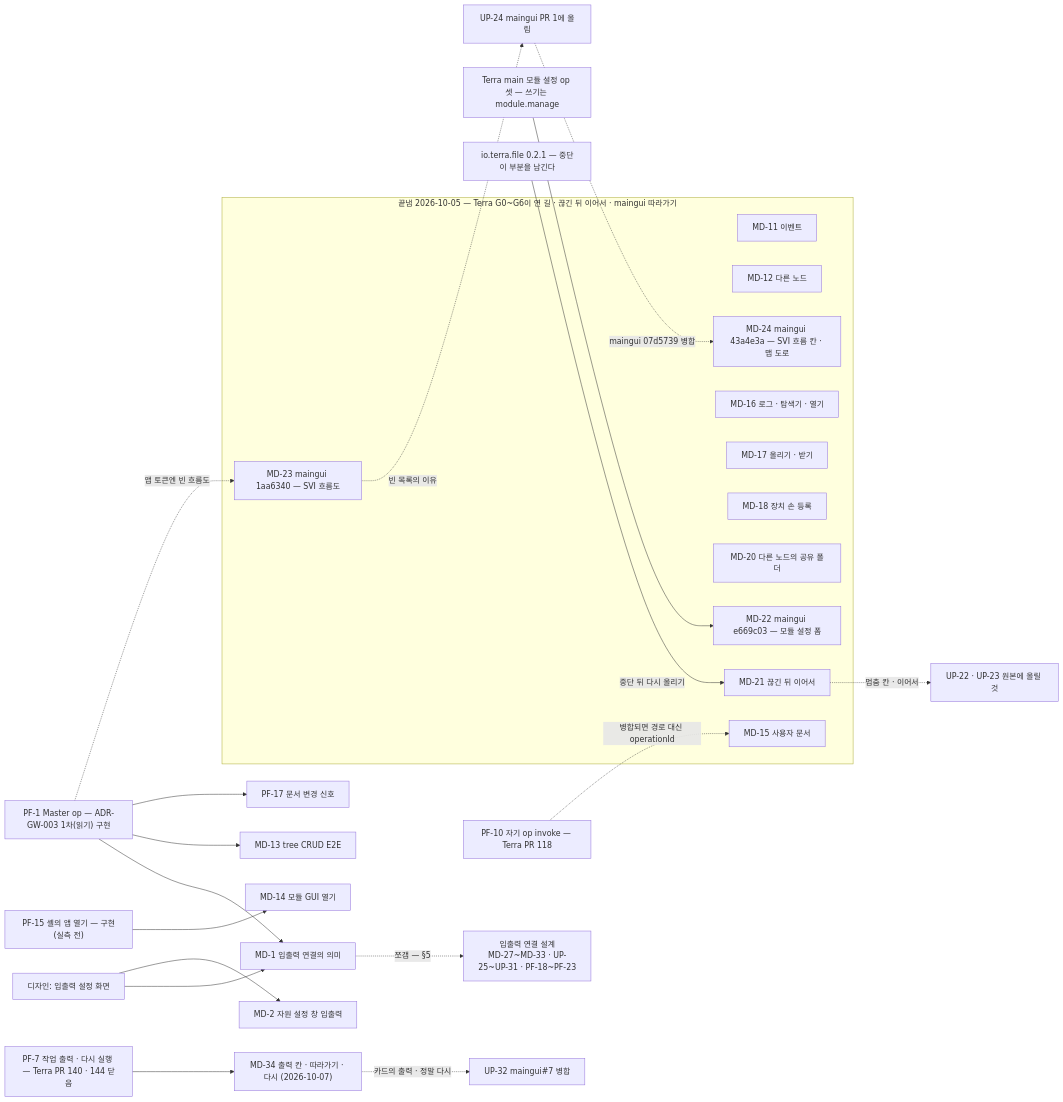
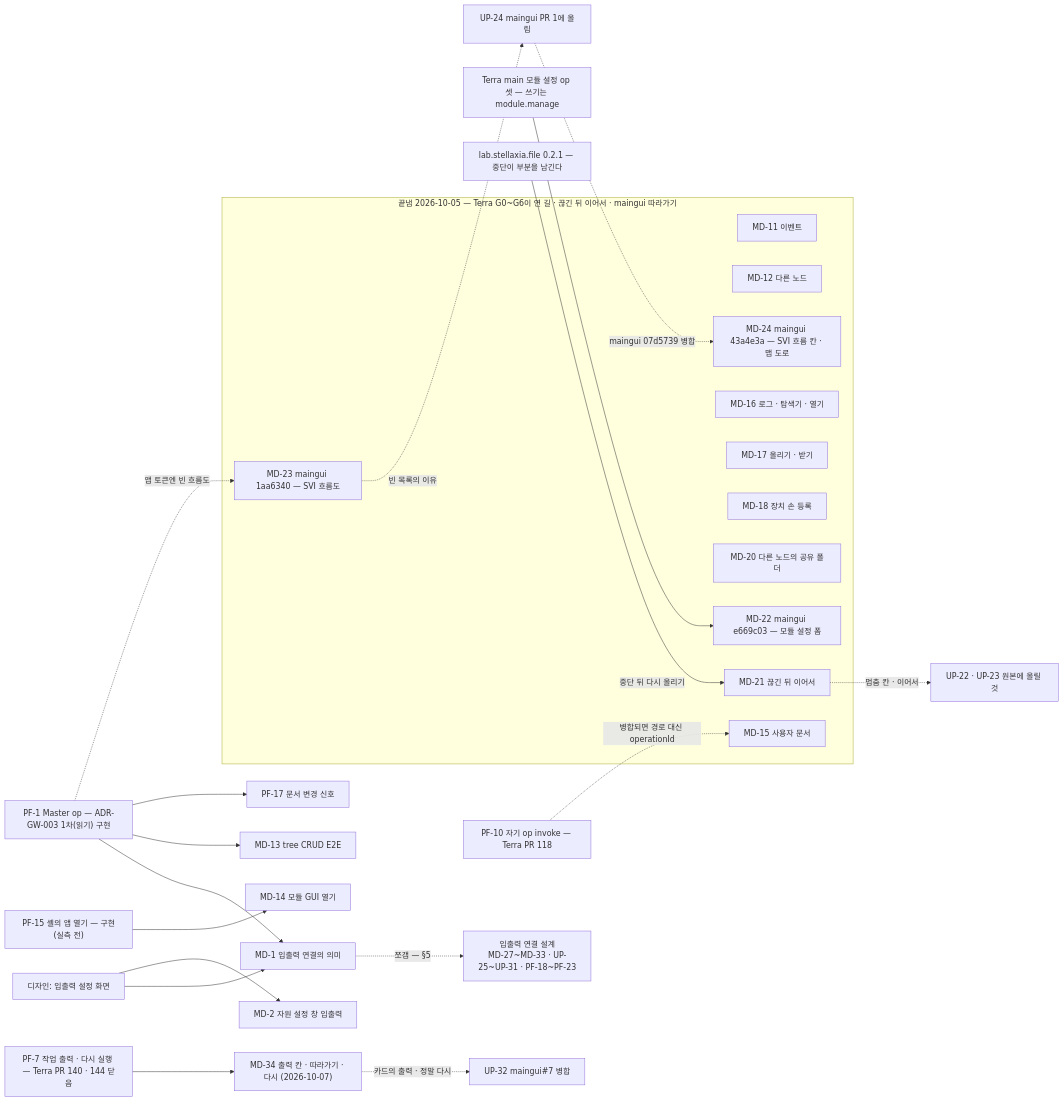
One commit to StellaxiaLab/modules changed the diagram in common/lab.stellaxia.node-gui/web/docs/guides/implementation-backlog.md. Above: the diagram before and after it, drawn with Mermaid. The commit also changed other lines of this file and 701 other files, not shown here.

First line of the commit message:
feat(modules): rename the nine io.terra.* modules to lab.stellaxia.* (ADR-MD-002 v1.2)

````diff
--- a/common/lab.stellaxia.node-gui/web/docs/guides/implementation-backlog.md
+++ b/common/lab.stellaxia.node-gui/web/docs/guides/implementation-backlog.md
@@ -64,32 +64,32 @@
 ```mermaid
 flowchart LR
   subgraph DONE["끝냄 2026-10-05 — Terra G0~G6이 연 길 · 끊긴 뒤 이어서 · maingui 따라가기"]
     MD11["MD-11 이벤트"]
     MD12["MD-12 다른 노드"]
     MD15["MD-15 사용자 문서"]
     MD16["MD-16 로그 · 탐색기 · 열기"]
     MD17["MD-17 올리기 · 받기"]
     MD18["MD-18 장치 손 등록"]
     MD20["MD-20 다른 노드의 공유 폴더"]
     MD21["MD-21 끊긴 뒤 이어서"]
     MD22["MD-22 maingui e669c03 — 모듈 설정 폼"]
     MD23["MD-23 maingui 1aa6340 — SVI 흐름도"]
     MD24["MD-24 maingui 43a4e3a — SVI 흐름 칸 · 맵 도로"]
   end
   CFG["Terra main 모듈 설정 op 셋 — 쓰기는 module.manage"] --> MD22
-  FILE021["io.terra.file 0.2.1 — 중단이 부분을 남긴다"] -->|"중단 뒤 다시 올리기"| MD21
+  FILE021["lab.stellaxia.file 0.2.1 — 중단이 부분을 남긴다"] -->|"중단 뒤 다시 올리기"| MD21
   MD21 -.->|"멈춤 칸 · 이어서"| UP22["UP-22 · UP-23 원본에 올릴 것"]
   MD23 -.->|"빈 목록의 이유"| UP24["UP-24 maingui PR 1에 올림"]
   UP24 -.->|"maingui 07d5739 병합"| MD24
   PF10["PF-10 자기 op invoke — Terra PR 118"] -.->|"병합되면 경로 대신 operationId"| MD15
   PF1["PF-1 Master op — ADR-GW-003 1차(읽기) 구현"] --> MD1["MD-1 입출력 연결의 의미"]
   PF1 --> MD13["MD-13 tree CRUD E2E"]
   PF1 --> PF17["PF-17 문서 변경 신호"]
   PF1 -.->|"앱 토큰엔 빈 흐름도"| MD23
   PF15["PF-15 셸의 앱 열기 — 구현(실측 전)"] --> MD14["MD-14 모듈 GUI 열기"]
   DES["디자인: 입출력 설정 화면"] --> MD1
   DES --> MD2["MD-2 자원 설정 창 입출력"]
   MD1 -.->|"쪼갬 — §5"| IOD["입출력 연결 설계<br/>MD-27~MD-33 · UP-25~UP-31 · PF-18~PF-23"]
   PF7["PF-7 작업 출력 · 다시 실행 — Terra PR 140 · 144 닫음"] --> MD34["MD-34 출력 칸 · 따라가기 · 다시 (2026-10-07)"]
   MD34 -.->|"카드의 출력 · 정말 다시"| UP32["UP-32 maingui#7 병합"]
 ```
````
